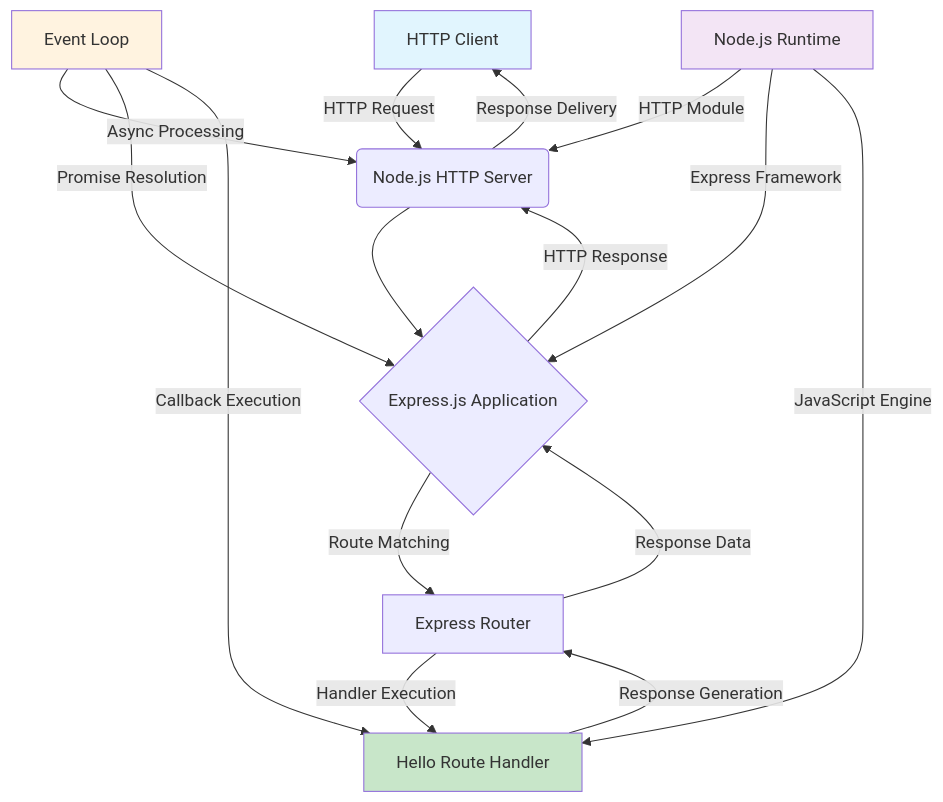
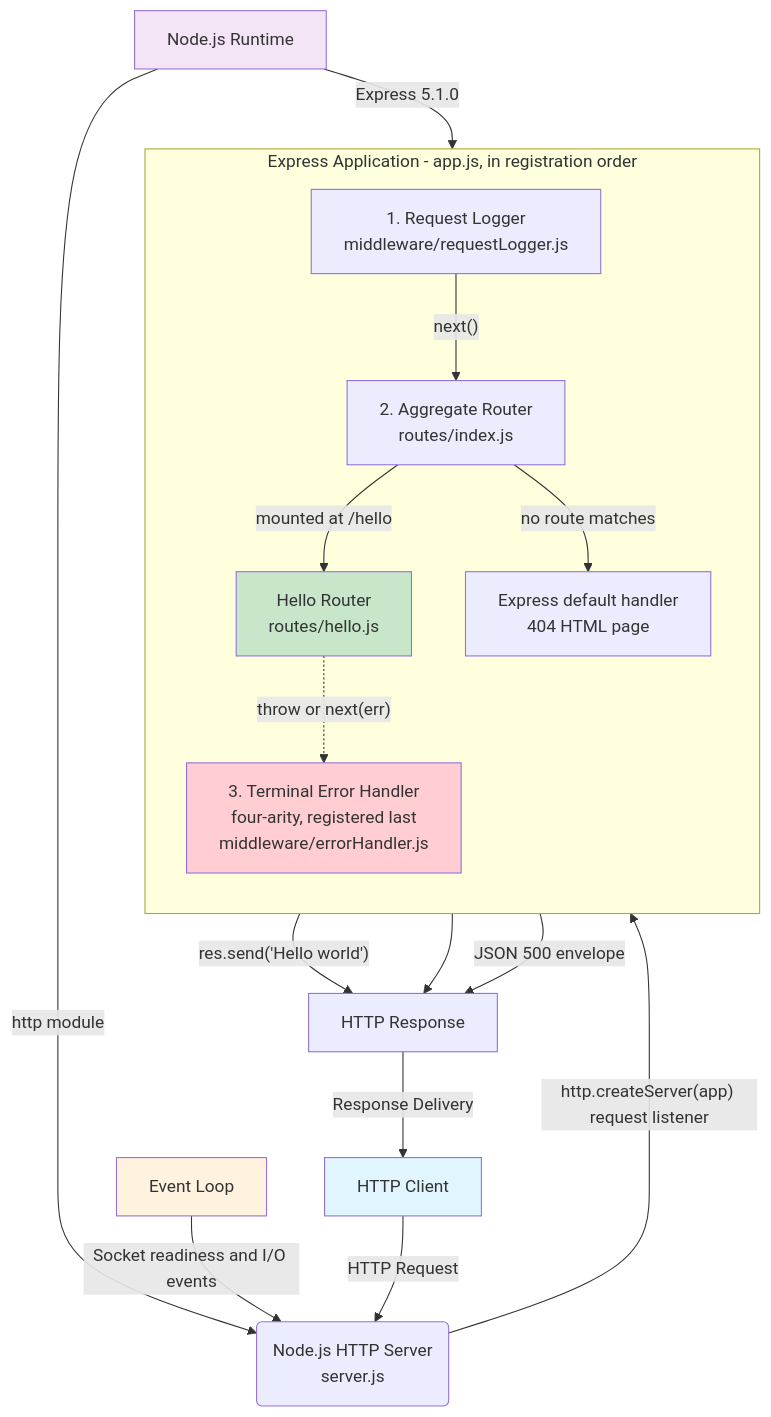
One commit to blitzytest02/AlreadyExisting changed the first of 2 diagrams in docs/architecture/overview.md. Above: the diagram before and after it, drawn with Mermaid. The commit also changed other lines of this file and 21 other files, not shown here.

````diff
--- a/docs/architecture/overview.md
+++ b/docs/architecture/overview.md
@@ -27,24 +27,33 @@
 ```mermaid
 graph TD
-    A[HTTP Client] -->|HTTP Request| B(Node.js HTTP Server)
-    B --> C{Express.js Application}
-    C -->|Route Matching| D[Express Router]
-    D -->|Handler Execution| E[Hello Route Handler]
-    E -->|Response Generation| D
-    D -->|Response Data| C
-    C -->|HTTP Response| B
-    B -->|Response Delivery| A
-    
-    F[Event Loop] -->|Async Processing| B
-    F -->|Promise Resolution| C
-    F -->|Callback Execution| E
-    
-    G[Node.js Runtime] -->|HTTP Module| B
-    G -->|Express Framework| C
-    G -->|JavaScript Engine| E
-    
+    A[HTTP Client] -->|HTTP Request| B("Node.js HTTP Server<br/>server.js")
+
+    subgraph App["Express Application - app.js, in registration order"]
+        direction TB
+        L["1. Request Logger<br/>middleware/requestLogger.js"]
+        D["2. Aggregate Router<br/>routes/index.js"]
+        E["Hello Router<br/>routes/hello.js"]
+        NF["Express default handler<br/>404 HTML page"]
+        H["3. Terminal Error Handler<br/>four-arity, registered last<br/>middleware/errorHandler.js"]
+        L -->|"next()"| D
+        D -->|"mounted at /hello"| E
+        D -->|"no route matches"| NF
+        E -.->|"throw or next(err)"| H
+    end
+
+    B -->|"http.createServer(app) request listener"| L
+    E -->|"res.send('Hello world')"| RES["HTTP Response"]
+    NF --> RES
+    H -->|"JSON 500 envelope"| RES
+    RES -->|Response Delivery| A
+
+    F[Event Loop] -->|"Socket readiness and I/O events"| B
+    G[Node.js Runtime] -->|"http module"| B
+    G -->|"Express 5.1.0"| App
+
     style A fill:#e1f5fe
     style E fill:#c8e6c9
     style F fill:#fff3e0
     style G fill:#f3e5f5
+    style H fill:#ffcdd2
 ```
````
